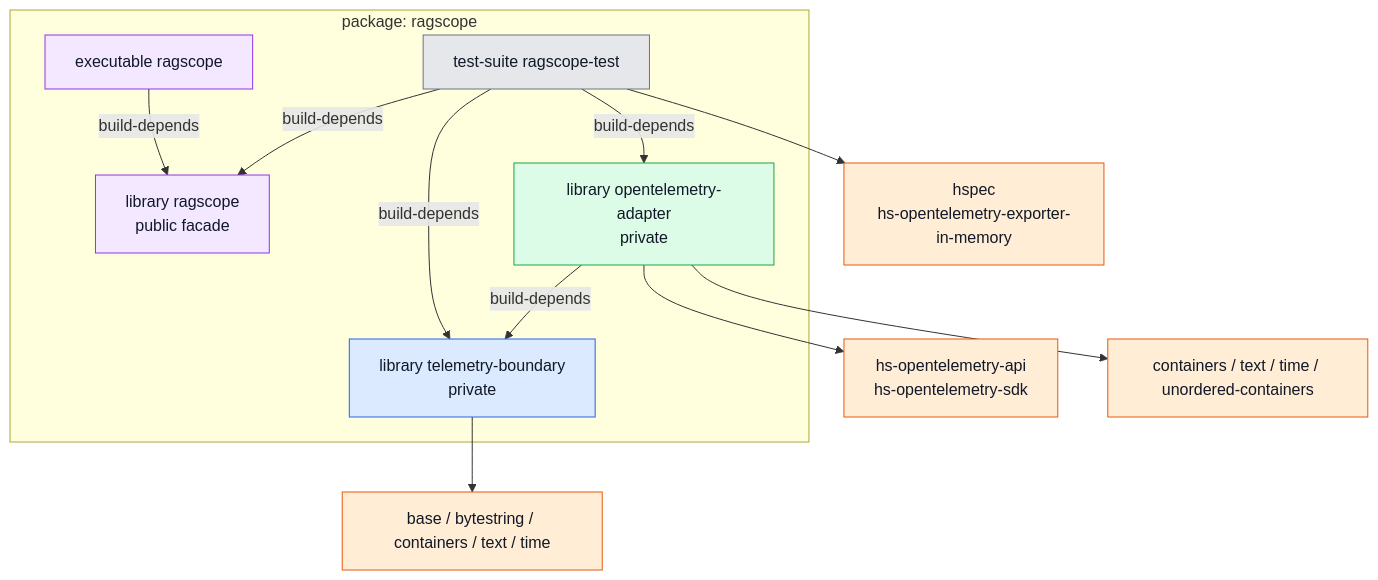
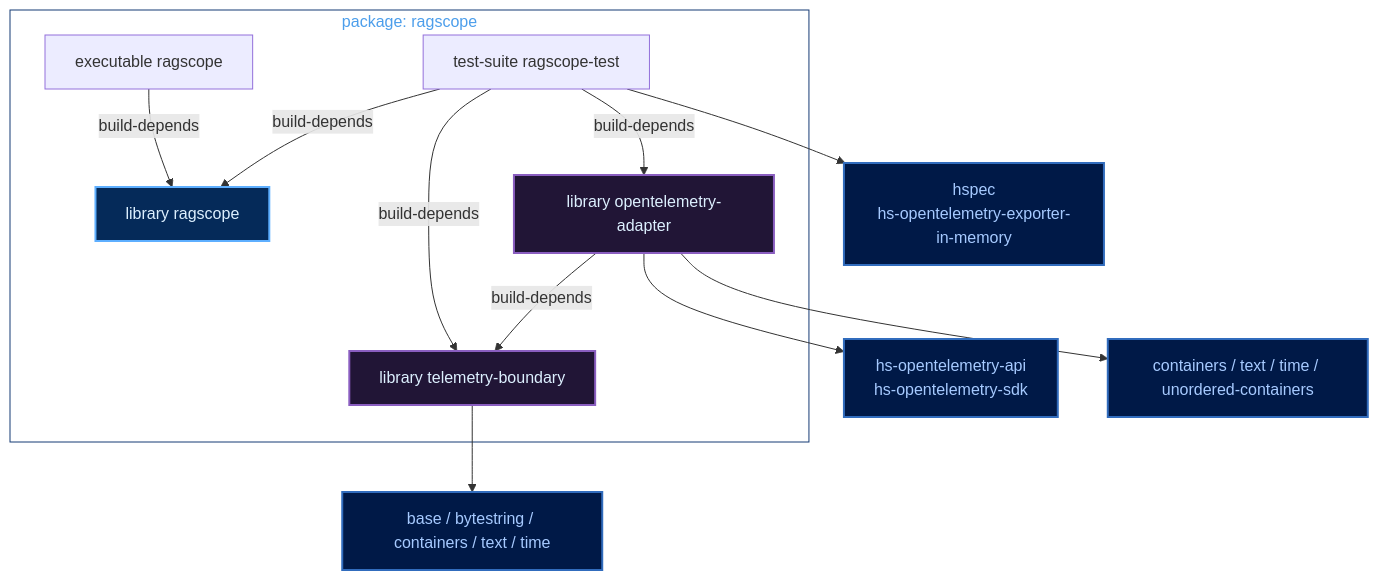
One commit to takashit16833/Workbench changed the first of 4 diagrams in Notes/RAGScope/RAGScopeアプリケーション/RAGScopeアプリケーション Haskellライブラリ・モジュールマップ.md. Above: the diagram before and after it, drawn with Mermaid. The commit also changed other lines of this file, not shown here.

Commit message:
Mermaid色分けルールに合わせて修正

````diff
--- a/Notes/RAGScope/RAGScopeアプリケーション/RAGScopeアプリケーション Haskellライブラリ・モジュールマップ.md
+++ b/Notes/RAGScope/RAGScopeアプリケーション/RAGScopeアプリケーション Haskellライブラリ・モジュールマップ.md
@@ -9,33 +9,30 @@
 ```mermaid
 flowchart TB
   subgraph package["package: ragscope"]
-    mainlib["library ragscope\npublic facade"]
-    boundary["library telemetry-boundary\nprivate"]
-    adapter["library opentelemetry-adapter\nprivate"]
+    mainlib["library ragscope"]
+    boundary["library telemetry-boundary"]
+    adapter["library opentelemetry-adapter"]
     executable["executable ragscope"]
     tests["test-suite ragscope-test"]
   end
 
   adapter -->|build-depends| boundary
   executable -->|build-depends| mainlib
   tests -->|build-depends| mainlib
   tests -->|build-depends| boundary
   tests -->|build-depends| adapter
 
   boundary --> base["base / bytestring / containers / text / time"]
-  adapter --> otel["hs-opentelemetry-api\nhs-opentelemetry-sdk"]
+  adapter --> otel["hs-opentelemetry-api<br>hs-opentelemetry-sdk"]
   adapter --> support["containers / text / time / unordered-containers"]
-  tests --> testdeps["hspec\nhs-opentelemetry-exporter-in-memory"]
+  tests --> testdeps["hspec<br>hs-opentelemetry-exporter-in-memory"]
 
-  classDef boundaryStyle fill:#dbeafe,stroke:#2563eb,color:#111827
-  classDef adapterStyle fill:#dcfce7,stroke:#16a34a,color:#111827
-  classDef applicationStyle fill:#f3e8ff,stroke:#9333ea,color:#111827
-  classDef externalStyle fill:#ffedd5,stroke:#ea580c,color:#111827
-  classDef testStyle fill:#e5e7eb,stroke:#6b7280,color:#111827
+  classDef public fill:#052A59,stroke:#5EAFFF,color:#DDF0FF,stroke-width:2px
+  classDef private fill:#211536,stroke:#8A5EC0,color:#DDF0FF,stroke-width:2px
+  classDef external fill:#001947,stroke:#316CBD,color:#A6CAFF,stroke-width:2px
 
-  class boundary boundaryStyle
-  class adapter adapterStyle
-  class mainlib,executable applicationStyle
-  class base,otel,support,testdeps externalStyle
-  class tests testStyle
+  class mainlib public
+  class boundary,adapter private
+  class base,otel,support,testdeps external
+  style package fill:transparent,stroke:#153A75,color:#4C9EEB
 ```
````
